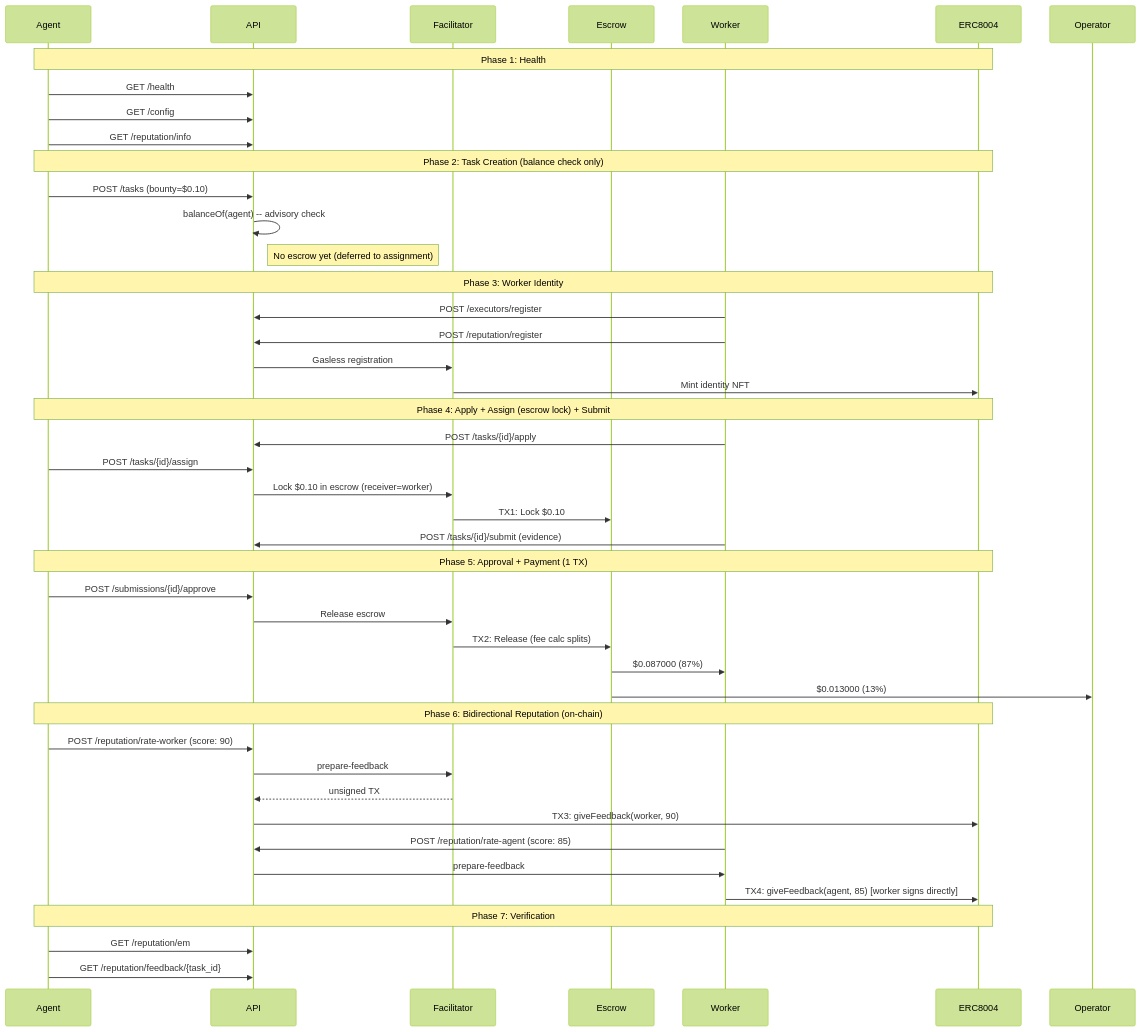
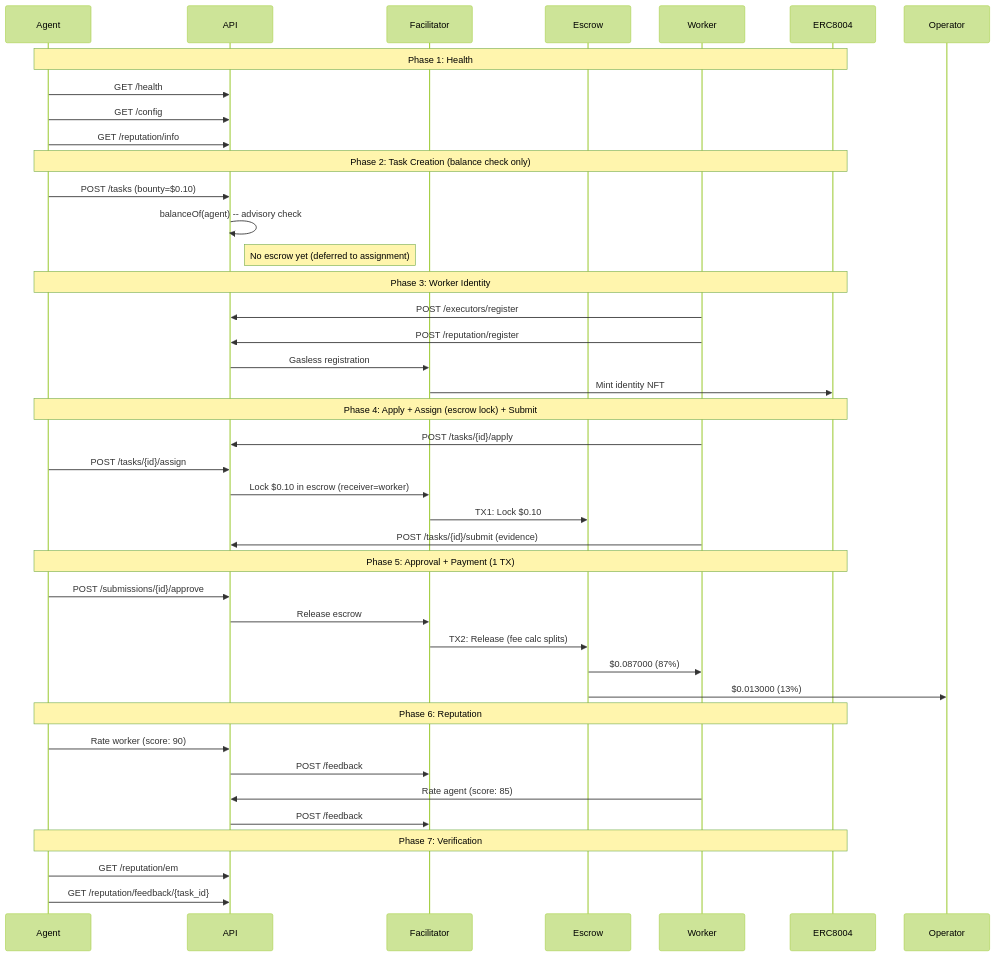
One commit to UltravioletaDAO/execution-market changed the diagram in docs/reports/GOLDEN_FLOW_REPORT.md. Above: the diagram before and after it, drawn with Mermaid (forest theme). The commit also changed other lines of this file and 2 other files, not shown here.

Commit message:
docs: update Golden Flow report — Phase 4 dream Feb 16, 2026 (6/7 PASS, 4 TXs)

````diff
--- a/docs/reports/GOLDEN_FLOW_REPORT.md
+++ b/docs/reports/GOLDEN_FLOW_REPORT.md
@@ -60,52 +40,49 @@
 ```mermaid
 sequenceDiagram
     participant Agent
     participant API
     participant Facilitator
     participant Escrow
     participant Worker
     participant ERC8004
 
     Note over Agent,ERC8004: Phase 1: Health
     Agent->>API: GET /health
     Agent->>API: GET /config
     Agent->>API: GET /reputation/info
 
     Note over Agent,ERC8004: Phase 2: Task Creation (balance check only)
     Agent->>API: POST /tasks (bounty=$0.10)
     API->>API: balanceOf(agent) -- advisory check
     Note right of API: No escrow yet (deferred to assignment)
 
     Note over Agent,ERC8004: Phase 3: Worker Identity
     Worker->>API: POST /executors/register
     Worker->>API: POST /reputation/register
     API->>Facilitator: Gasless registration
     Facilitator->>ERC8004: Mint identity NFT
 
     Note over Agent,ERC8004: Phase 4: Apply + Assign (escrow lock) + Submit
     Worker->>API: POST /tasks/{id}/apply
     Agent->>API: POST /tasks/{id}/assign
     API->>Facilitator: Lock $0.10 in escrow (receiver=worker)
     Facilitator->>Escrow: TX1: Lock $0.10
     Worker->>API: POST /tasks/{id}/submit (evidence)
 
     Note over Agent,ERC8004: Phase 5: Approval + Payment (1 TX)
     Agent->>API: POST /submissions/{id}/approve
     API->>Facilitator: Release escrow
     Facilitator->>Escrow: TX2: Release (fee calc splits)
     Escrow->>Worker: $0.087000 (87%)
     Escrow->>Operator: $0.013000 (13%)
 
-    Note over Agent,ERC8004: Phase 6: Bidirectional Reputation (on-chain)
-    Agent->>API: POST /reputation/rate-worker (score: 90)
-    API->>Facilitator: prepare-feedback
-    Facilitator-->>API: unsigned TX
-    API->>ERC8004: TX3: giveFeedback(worker, 90)
-    Worker->>API: POST /reputation/rate-agent (score: 85)
-    API->>Worker: prepare-feedback
-    Worker->>ERC8004: TX4: giveFeedback(agent, 85) [worker signs directly]
+    Note over Agent,ERC8004: Phase 6: Reputation
+    Agent->>API: Rate worker (score: 90)
+    API->>Facilitator: POST /feedback
+    Worker->>API: Rate agent (score: 85)
+    API->>Facilitator: POST /feedback
 
     Note over Agent,ERC8004: Phase 7: Verification
     Agent->>API: GET /reputation/em
     Agent->>API: GET /reputation/feedback/{task_id}
 ```
````
